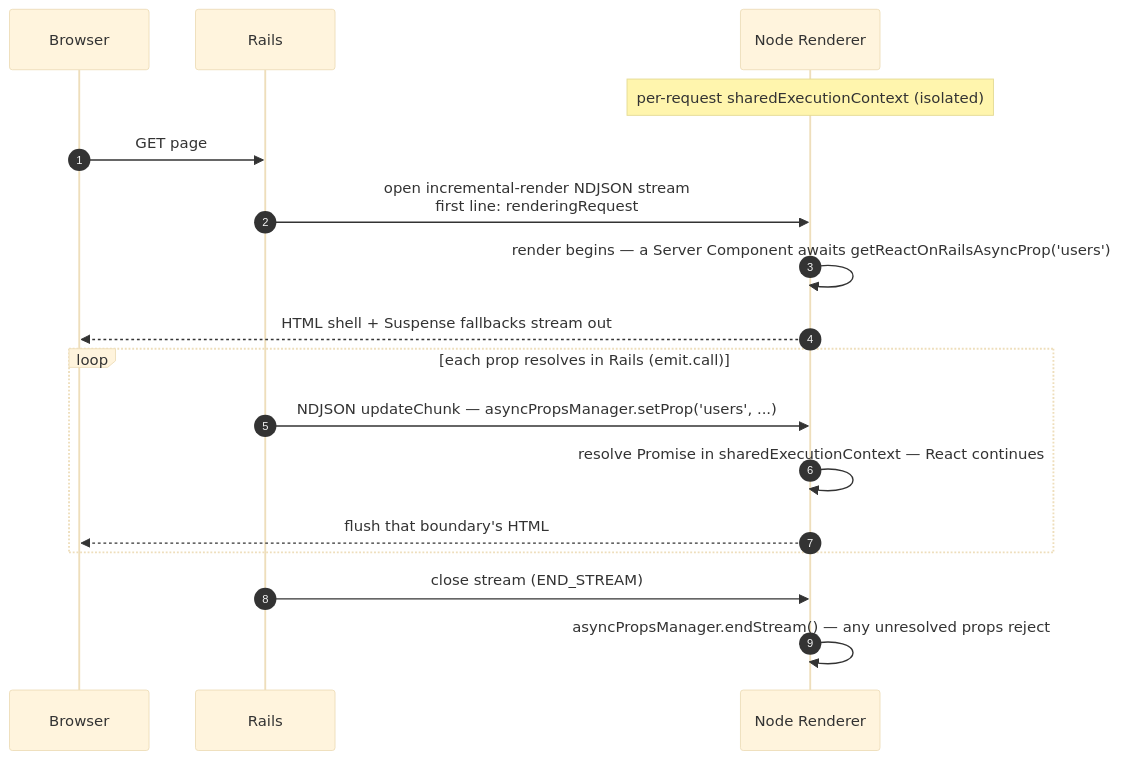
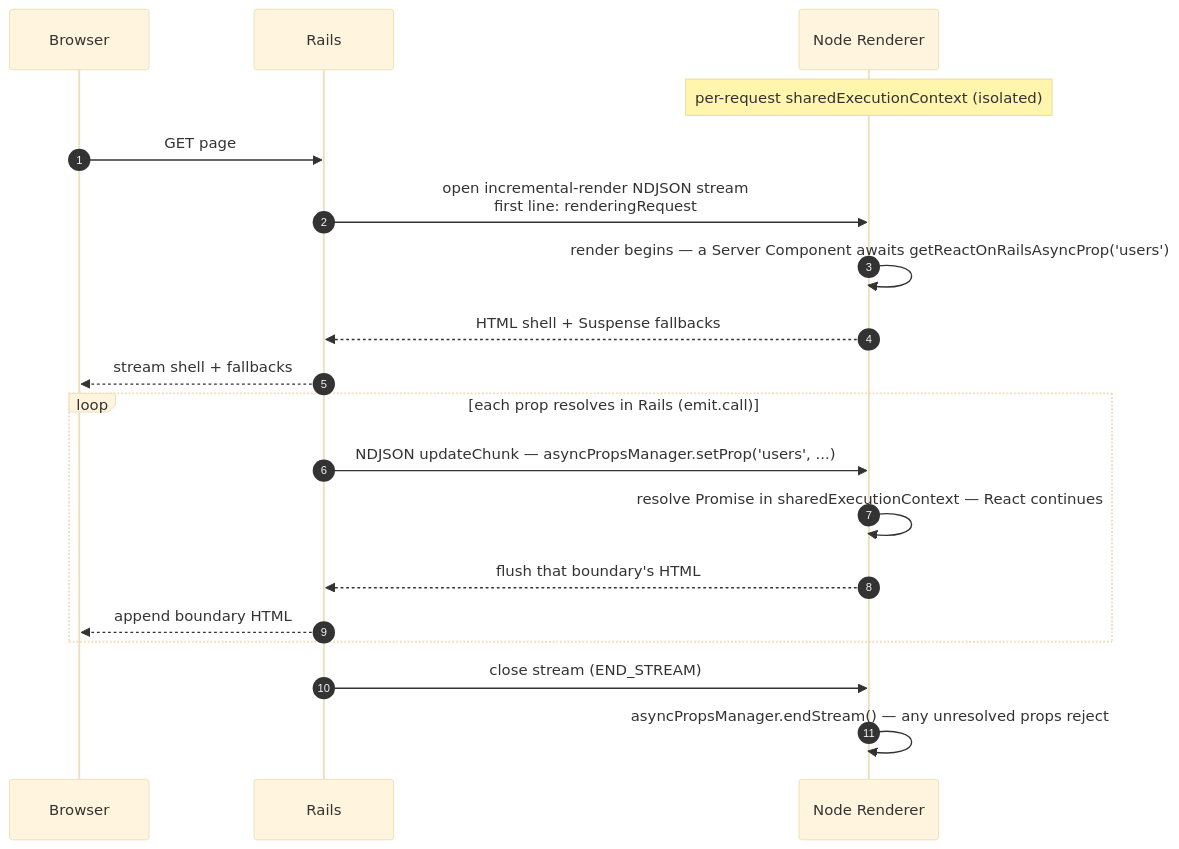
The second of 3 diagrams in docs/pro/streaming-ssr.md (shakacode/react_on_rails), drawn with Mermaid (base theme) before and after one commit. The commit also changed other lines of this file, not shown here.

Commit message:
docs(pro): clarify streaming SSR async prop flow

````diff
--- a/docs/pro/streaming-ssr.md
+++ b/docs/pro/streaming-ssr.md
@@ -285,19 +285,21 @@
 ```mermaid
 sequenceDiagram
     autonumber
     participant Browser
     participant Rails
     participant Renderer as Node Renderer
     Note over Renderer: per-request sharedExecutionContext (isolated)
     Browser->>Rails: GET page
     Rails->>Renderer: open incremental-render NDJSON stream<br/>first line: renderingRequest
     Renderer->>Renderer: render begins — a Server Component awaits getReactOnRailsAsyncProp('users')
-    Renderer-->>Browser: HTML shell + Suspense fallbacks stream out
+    Renderer-->>Rails: HTML shell + Suspense fallbacks
+    Rails-->>Browser: stream shell + fallbacks
     loop each prop resolves in Rails (emit.call)
         Rails->>Renderer: NDJSON updateChunk — asyncPropsManager.setProp('users', ...)
         Renderer->>Renderer: resolve Promise in sharedExecutionContext — React continues
-        Renderer-->>Browser: flush that boundary's HTML
+        Renderer-->>Rails: flush that boundary's HTML
+        Rails-->>Browser: append boundary HTML
     end
     Rails->>Renderer: close stream (END_STREAM)
     Renderer->>Renderer: asyncPropsManager.endStream() — any unresolved props reject
 ```
````
